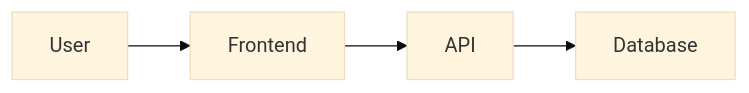
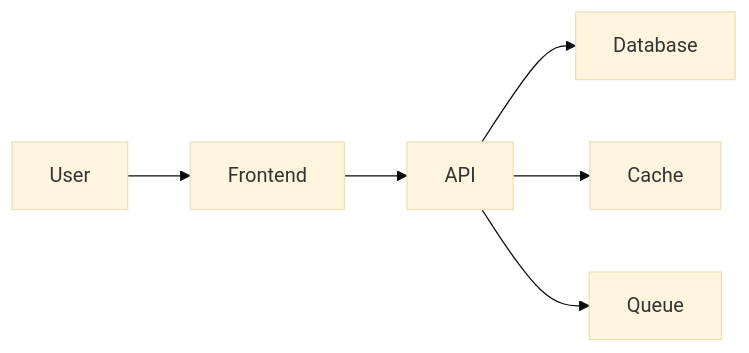
Before and after one commit to akshatha1710/github-mermaid-demo: the first of 2 diagrams in README.md, drawn with Mermaid (base theme). The commit also changed other lines of this file and 1 other file, not shown here.

Commit message:
Enhance architecture diagram with cache and queue

````diff
--- a/README.md
+++ b/README.md
@@ -9,6 +9,8 @@
 ```mermaid
 flowchart LR
     User --> Frontend
     Frontend --> API
     API --> Database
+    API --> Cache
+    API --> Queue
 ```
````
